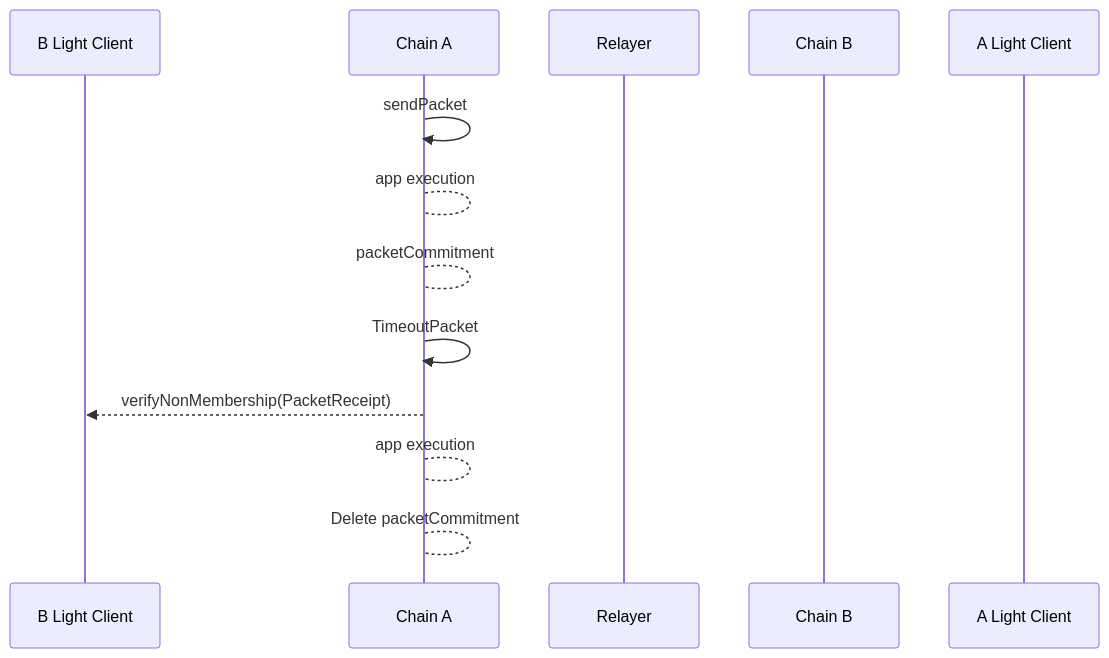
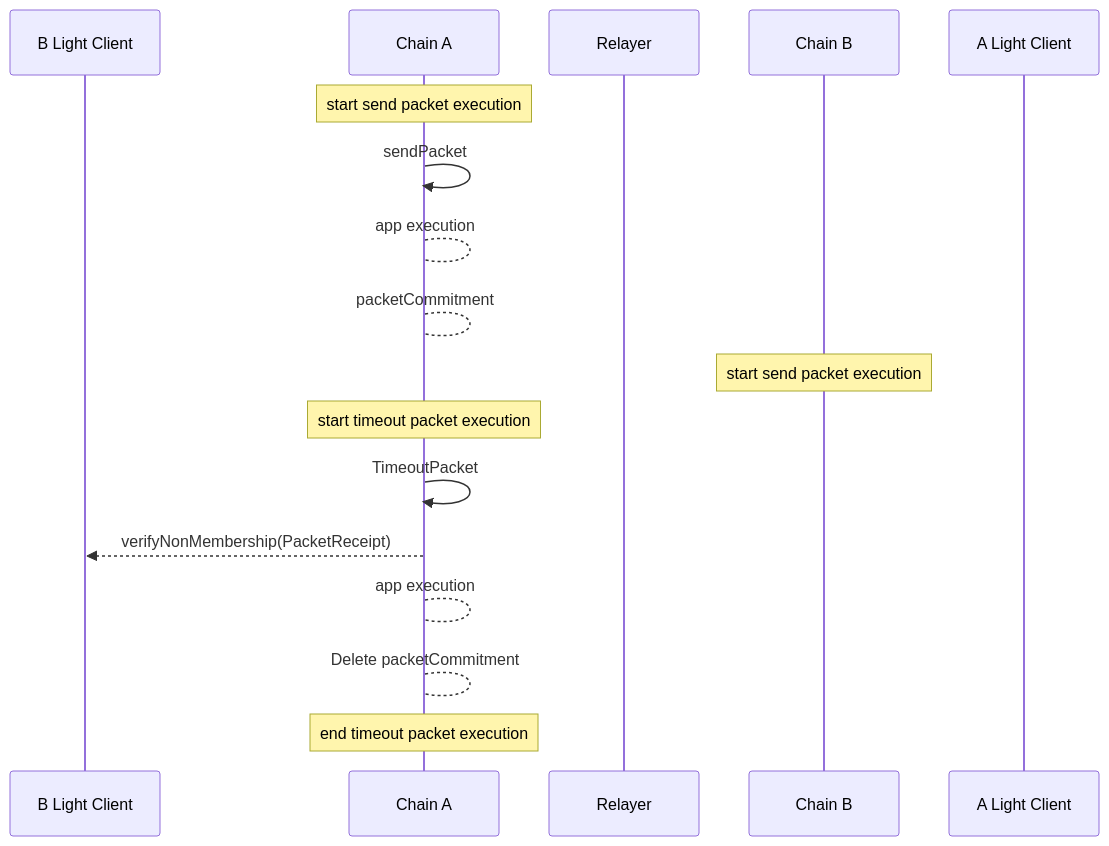
One commit to cosmos/ibc changed the fifth of 5 diagrams in spec/core/v2/ics-004-packet-semantics/README.md. Above: the diagram before and after it, drawn with Mermaid. The commit also changed other lines of this file, not shown here.

````diff
--- a/spec/core/v2/ics-004-packet-semantics/README.md
+++ b/spec/core/v2/ics-004-packet-semantics/README.md
@@ -463,15 +493,20 @@
 ```mermaid
 sequenceDiagram
     participant B Light Client     
     participant Chain A
     participant Relayer 
     participant Chain B
     participant A Light Client
+    Note over Chain A: start send packet execution
     Chain A ->> Chain A : sendPacket
     Chain A --> Chain A : app execution
     Chain A --> Chain A : packetCommitment 
+    Note over Chain B: start send packet execution
+    Note over Chain A: start timeout packet execution
     Chain A ->> Chain A : TimeoutPacket
     Chain A -->> B Light Client: verifyNonMembership(PacketReceipt)
     Chain A --> Chain A : app execution
-    Chain A --> Chain A : Delete packetCommitment 
+    Chain A --> Chain A : Delete packetCommitment
+    Note over Chain A: end timeout packet execution
+     
 ```
````
